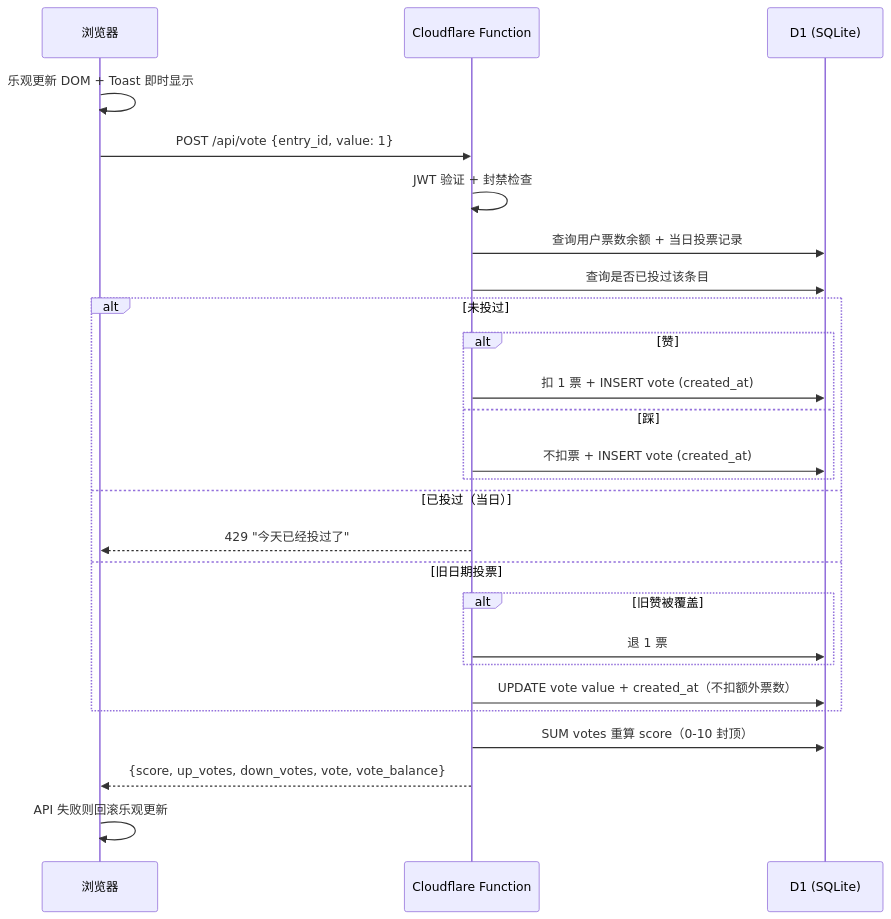
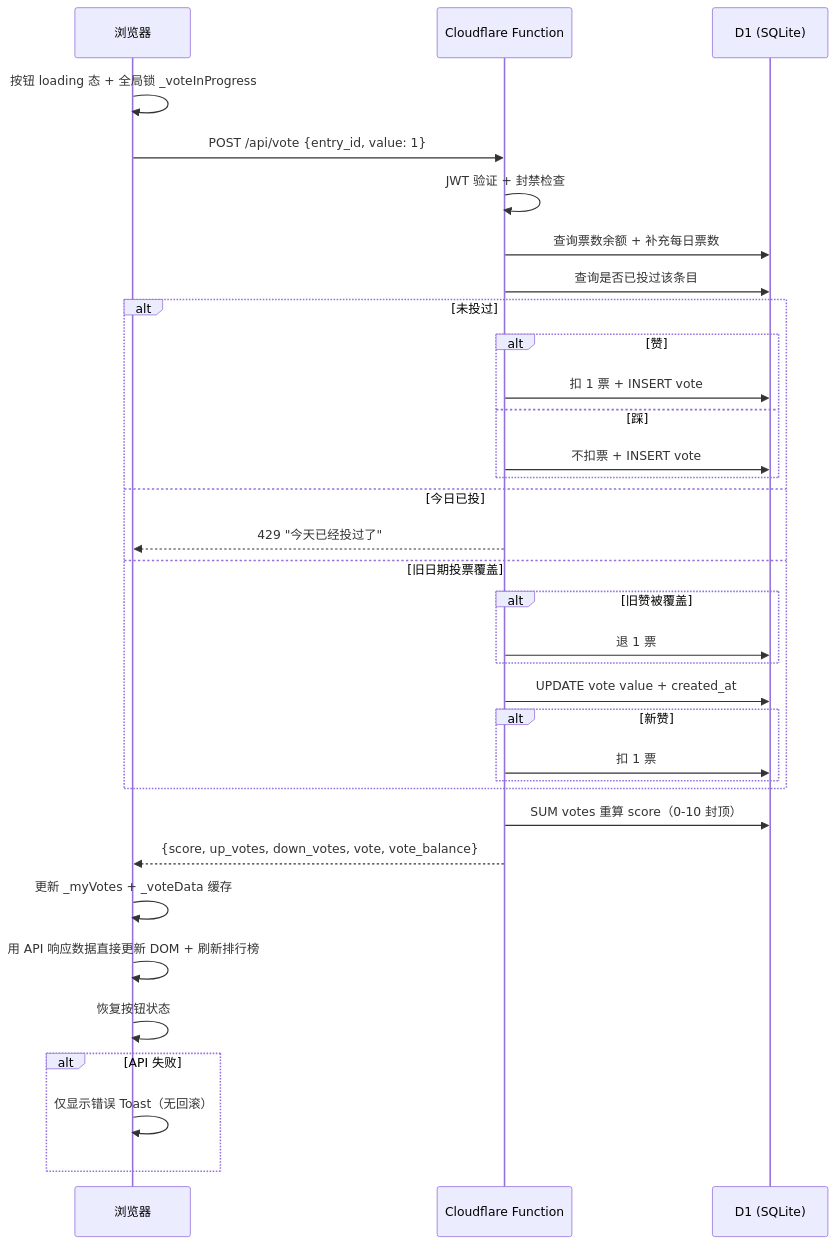
Before and after one commit to qingranawa/15class-charts: the first of 4 diagrams in docs/project-knowledge/architecture.md, drawn with Mermaid. The commit also changed other lines of this file and 4 other files, not shown here.

````diff
--- a/docs/project-knowledge/architecture.md
+++ b/docs/project-knowledge/architecture.md
@@ -50,29 +50,37 @@
 ```mermaid
 sequenceDiagram
     participant B as 浏览器
     participant F as Cloudflare Function
     participant D as D1 (SQLite)
 
-    B->>B: 乐观更新 DOM + Toast 即时显示
+    B->>B: 按钮 loading 态 + 全局锁 _voteInProgress
     B->>F: POST /api/vote {entry_id, value: 1}
     F->>F: JWT 验证 + 封禁检查
-    F->>D: 查询用户票数余额 + 当日投票记录
+    F->>D: 查询票数余额 + 补充每日票数
     F->>D: 查询是否已投过该条目
     alt 未投过
         alt 赞
-            F->>D: 扣 1 票 + INSERT vote (created_at)
+            F->>D: 扣 1 票 + INSERT vote
         else 踩
-            F->>D: 不扣票 + INSERT vote (created_at)
+            F->>D: 不扣票 + INSERT vote
         end
-    else 已投过（当日）
+    else 今日已投
         F-->>B: 429 "今天已经投过了"
-    else 旧日期投票
+    else 旧日期投票覆盖
         alt 旧赞被覆盖
             F->>D: 退 1 票
         end
-        F->>D: UPDATE vote value + created_at（不扣额外票数）
+        F->>D: UPDATE vote value + created_at
+        alt 新赞
+            F->>D: 扣 1 票
+        end
     end
     F->>D: SUM votes 重算 score（0-10 封顶）
     F-->>B: {score, up_votes, down_votes, vote, vote_balance}
-    B->>B: API 失败则回滚乐观更新
+    B->>B: 更新 _myVotes + _voteData 缓存
+    B->>B: 用 API 响应数据直接更新 DOM + 刷新排行榜
+    B->>B: 恢复按钮状态
+    alt API 失败
+        B->>B: 仅显示错误 Toast（无回滚）
+    end
 ```
````
